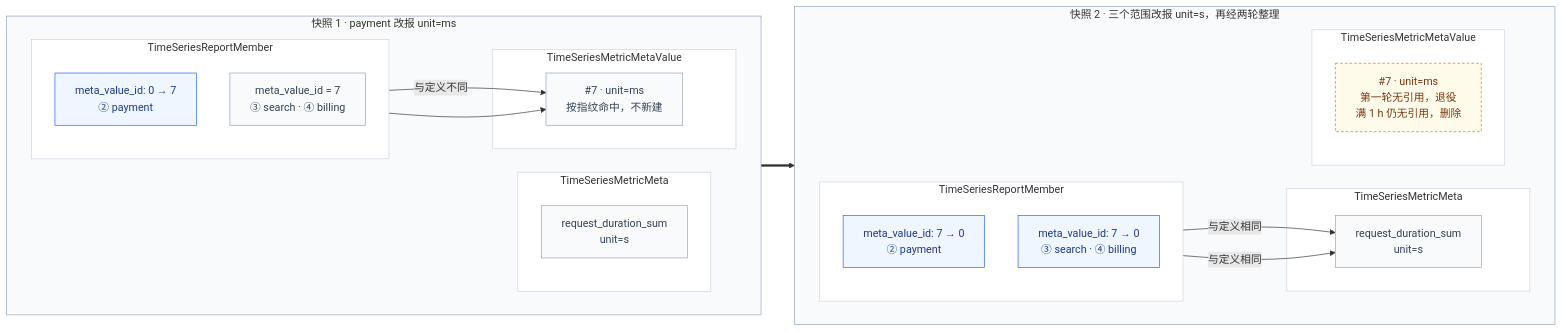
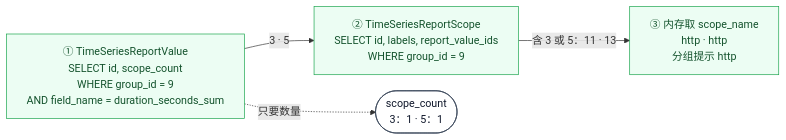
One commit to ZhuoZhuoCrayon/ai-workspace changed diagram 17 of 28 in knowledge/bkmonitor/issues/2026-09-15-custom-metric-metadata/PLAN.md. Above: the diagram before and after it, drawn with Mermaid. The commit also changed other lines of this file and 12 other files, not shown here.

Commit message:
docs(issue): switch custom metric metadata to value dedup plan with final retest

````diff
--- a/knowledge/bkmonitor/issues/2026-09-15-custom-metric-metadata/PLAN.md
+++ b/knowledge/bkmonitor/issues/2026-09-15-custom-metric-metadata/PLAN.md
@@ -854,48 +1184,12 @@
 ```mermaid
-%%{init: {"themeVariables": {"clusterBkg": "#ffffff", "clusterBorder": "#cbd5e1"}}}%%
+%%{init: {"flowchart": {"nodeSpacing": 24, "rankSpacing": 40, "wrappingWidth": 400}}}%%
 flowchart LR
-    subgraph P1["快照 1 · payment 改报 unit=ms"]
-        direction LR
-        subgraph M1["TimeSeriesReportMember"]
-            direction TB
-            M1b["meta_value_id: 0 → 7<br/>② payment"]
-            M1cd["meta_value_id = 7<br/>③ search · ④ billing"]
-        end
-        subgraph D1["TimeSeriesMetricMeta"]
-            D1a["request_duration_sum<br/>unit=s"]
-        end
-        subgraph V1["TimeSeriesMetricMetaValue"]
-            V1a["#7 · unit=ms<br/>按指纹命中，不新建"]
-        end
-        M1b -->|"与定义不同"| V1a
-        M1cd --> V1a
-    end
-    subgraph P2["快照 2 · 三个范围改报 unit=s，再经两轮整理"]
-        direction LR
-        subgraph M2["TimeSeriesReportMember"]
-            direction TB
-            M2b["meta_value_id: 7 → 0<br/>② payment"]
-            M2cd["meta_value_id: 7 → 0<br/>③ search · ④ billing"]
-        end
-        subgraph D2["TimeSeriesMetricMeta"]
-            D2a["request_duration_sum<br/>unit=s"]
-        end
-        subgraph V2["TimeSeriesMetricMetaValue"]
-            V2a["#7 · unit=ms<br/>第一轮无引用，退役<br/>满 1 h 仍无引用，删除"]
-        end
-        M2b -->|"与定义相同"| D2a
-        M2cd -->|"与定义相同"| D2a
-    end
-    P1 ==> P2
+    P1["① TimeSeriesReportValue<br/>SELECT id, scope_count<br/>WHERE group_id = 9<br/>AND field_name = duration_seconds_sum"] -->|"3 · 5"| P2["② TimeSeriesReportScope<br/>SELECT id, labels, report_value_ids<br/>WHERE group_id = 9"]
+    P2 -->|"含 3 或 5：11 · 13"| P3["③ 内存取 scope_name<br/>http · http<br/>分组提示 http"]
+    P1 -.->|"只要数量"| Cnt(["scope_count<br/>3：1 · 5：1"])
 
-    style P1 fill:#f8fafc,stroke:#94a3b8
-    style P2 fill:#f8fafc,stroke:#94a3b8
-
-    classDef change fill:#eff6ff,stroke:#2563eb,color:#1e3a8a
-    classDef retire fill:#fffbeb,stroke:#d97706,color:#78350f,stroke-dasharray:4 3
-    classDef drop fill:#fef2f2,stroke:#dc2626,color:#7f1d1d,stroke-dasharray:4 3
-    classDef keep fill:#f8fafc,stroke:#94a3b8,color:#334155
-    class M1b,M2b,M2cd change
-    class M1cd,D1a,V1a,D2a keep
-    class V2a retire
+    classDef add fill:#ecfdf3,stroke:#16a34a,color:#14532d
+    classDef io fill:#ffffff,stroke:#334155,color:#0f172a
+    class P1,P2,P3 add
+    class Cnt io
 ```
````
